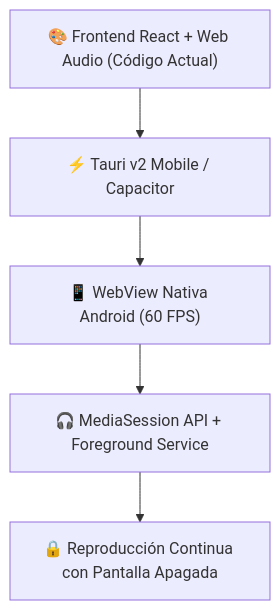
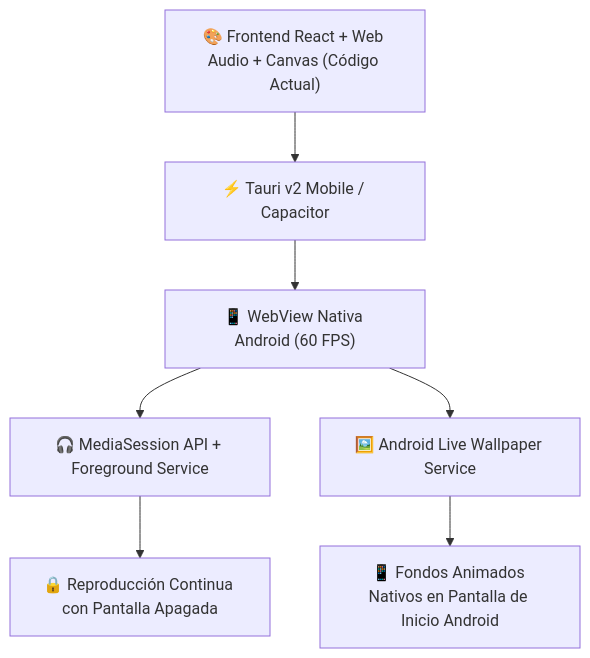
One commit to yeib/ambiencer changed the diagram in PLAN_ANDROID.md. Above: the diagram before and after it, drawn with Mermaid. The commit also changed other lines of this file, not shown here.

Commit message:
docs: Update PLAN_ANDROID.md with Android WallpaperService architecture for Live Wallpapers

````diff
--- a/PLAN_ANDROID.md
+++ b/PLAN_ANDROID.md
@@ -9,7 +9,9 @@
 ```mermaid
 graph TD
-    A["🎨 Frontend React + Web Audio (Código Actual)"] --> B["⚡ Tauri v2 Mobile / Capacitor"]
+    A["🎨 Frontend React + Web Audio + Canvas (Código Actual)"] --> B["⚡ Tauri v2 Mobile / Capacitor"]
     B --> C["📱 WebView Nativa Android (60 FPS)"]
     C --> D["🎧 MediaSession API + Foreground Service"]
+    C --> F["🖼️ Android Live Wallpaper Service"]
     D --> E["🔒 Reproducción Continua con Pantalla Apagada"]
+    F --> G["📱 Fondos Animados Nativos en Pantalla de Inicio Android"]
 ```
````
